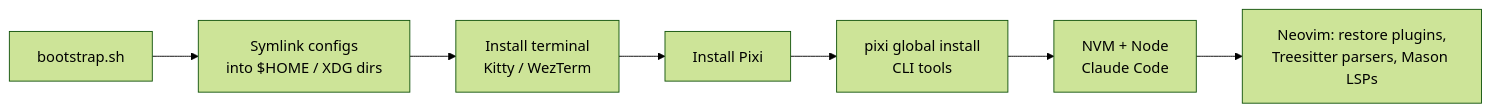
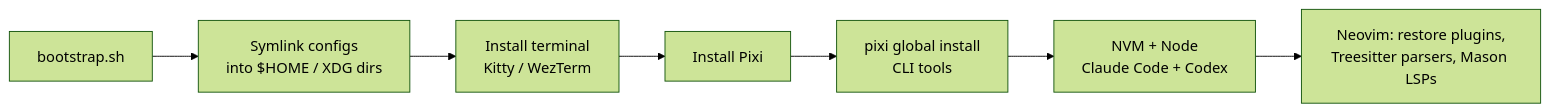
One commit to claydugo/dotfiles changed the diagram in README.md. Above: the diagram before and after it, drawn with Mermaid (forest theme). The commit also changed other lines of this file and 53 other files, not shown here.

````diff
--- a/README.md
+++ b/README.md
@@ -16,9 +16,9 @@
 ```mermaid
 flowchart LR
     A[bootstrap.sh] --> B[Symlink configs<br>into $HOME / XDG dirs]
     B --> C[Install terminal<br>Kitty / WezTerm]
     C --> D[Install Pixi]
     D --> E[pixi global install<br>CLI tools]
-    E --> F[NVM + Node<br>Claude Code]
+    E --> F[NVM + Node<br>Claude Code + Codex]
     F --> G[Neovim: restore plugins,<br>Treesitter parsers, Mason LSPs]
 ```
````
